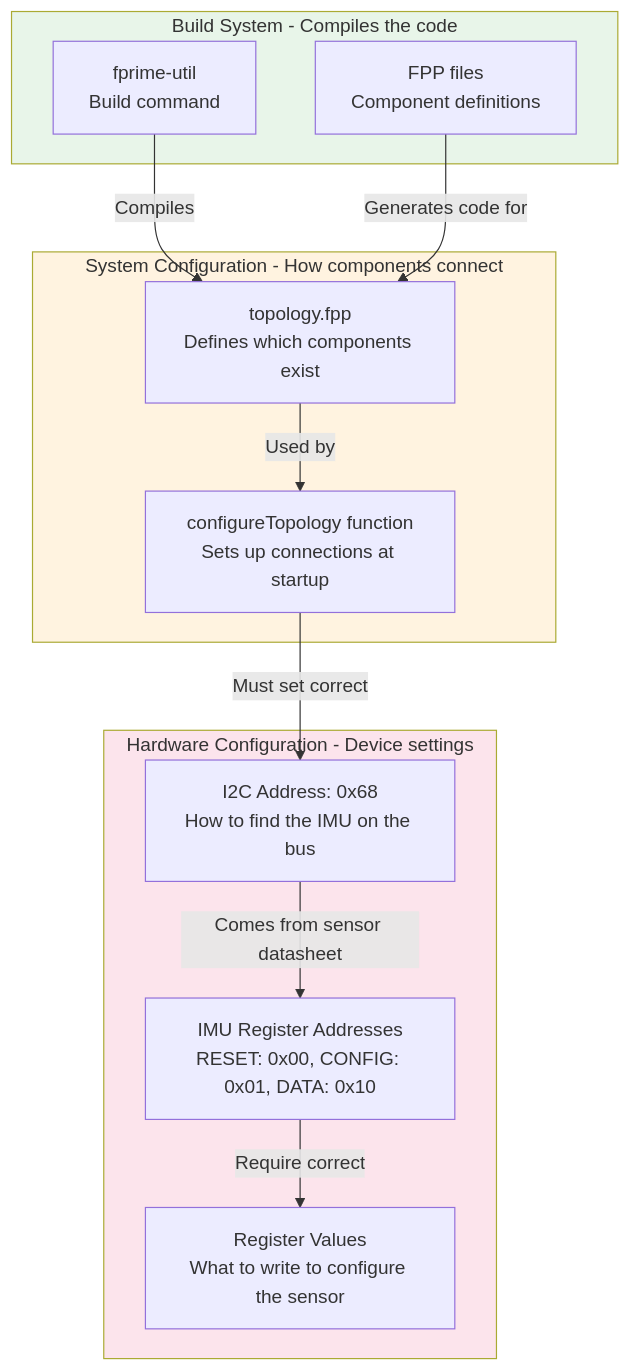
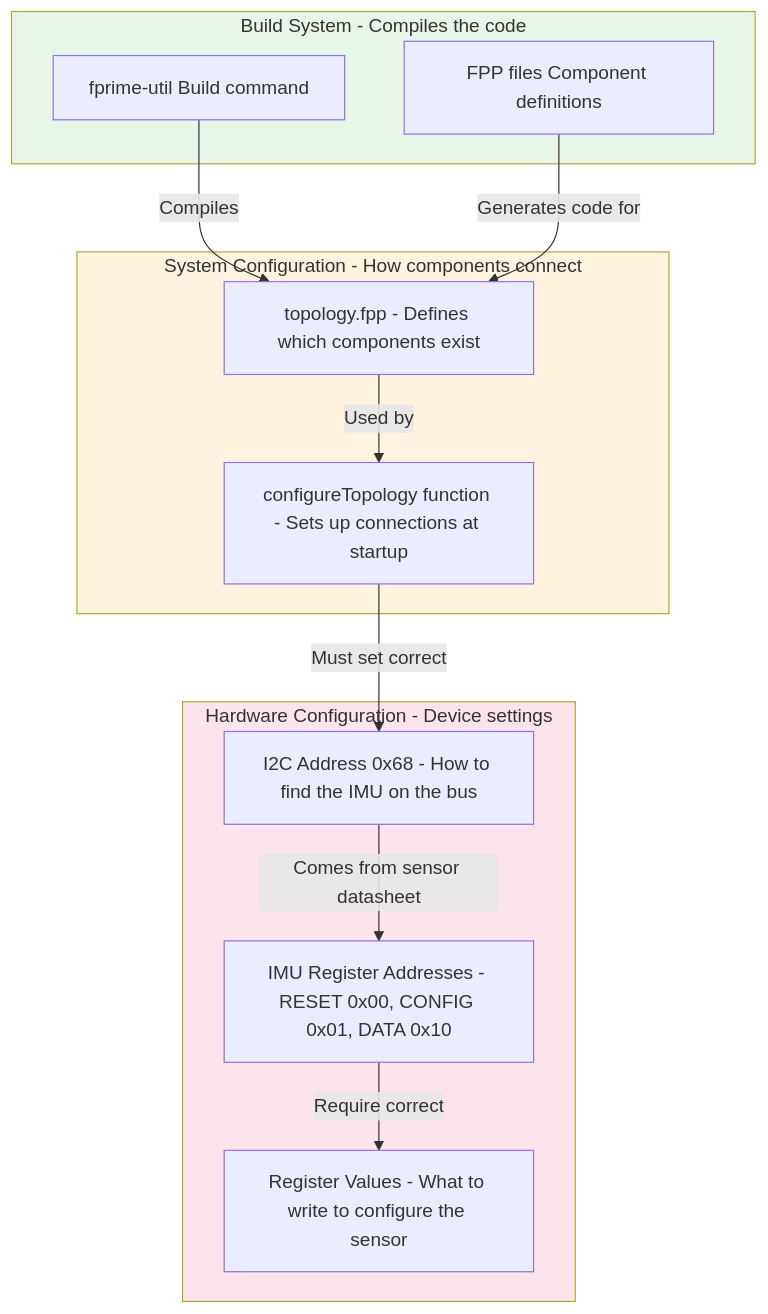
Before and after one commit to phantom-man/PROVES_LIBRARY: the second of 5 diagrams in docs/diagrams/overview.md, drawn with Mermaid. The commit also changed other lines of this file and 4 other files, not shown here.

Commit message:
Fix all <br/> tags and colons in mermaid diagrams

````diff
--- a/docs/diagrams/overview.md
+++ b/docs/diagrams/overview.md
@@ -69,29 +69,29 @@
 ```mermaid
 flowchart TB
     subgraph BUILD ["Build System - Compiles the code"]
-        FPUTIL[fprime-util<br/>Build command]
-        FPP[FPP files<br/>Component definitions]
+        FPUTIL[fprime-util Build command]
+        FPP[FPP files Component definitions]
     end
 
     subgraph TOPO ["System Configuration - How components connect"]
-        TOPO_FILE[topology.fpp<br/>Defines which components exist]
-        CONFIG[configureTopology function<br/>Sets up connections at startup]
+        TOPO_FILE[topology.fpp - Defines which components exist]
+        CONFIG[configureTopology function - Sets up connections at startup]
     end
 
     subgraph DEVICE ["Hardware Configuration - Device settings"]
-        ADDR[I2C Address: 0x68<br/>How to find the IMU on the bus]
-        REGS[IMU Register Addresses<br/>RESET: 0x00, CONFIG: 0x01, DATA: 0x10]
-        VALS[Register Values<br/>What to write to configure the sensor]
+        ADDR[I2C Address 0x68 - How to find the IMU on the bus]
+        REGS[IMU Register Addresses - RESET 0x00, CONFIG 0x01, DATA 0x10]
+        VALS[Register Values - What to write to configure the sensor]
     end
 
     FPUTIL -->|"Compiles"| TOPO_FILE
     FPP -->|"Generates code for"| TOPO_FILE
     TOPO_FILE -->|"Used by"| CONFIG
     CONFIG -->|"Must set correct"| ADDR
     ADDR -->|"Comes from sensor datasheet"| REGS
     REGS -->|"Require correct"| VALS
 
     style BUILD fill:#e8f5e9
     style TOPO fill:#fff3e0
     style DEVICE fill:#fce4ec
 ```
````
